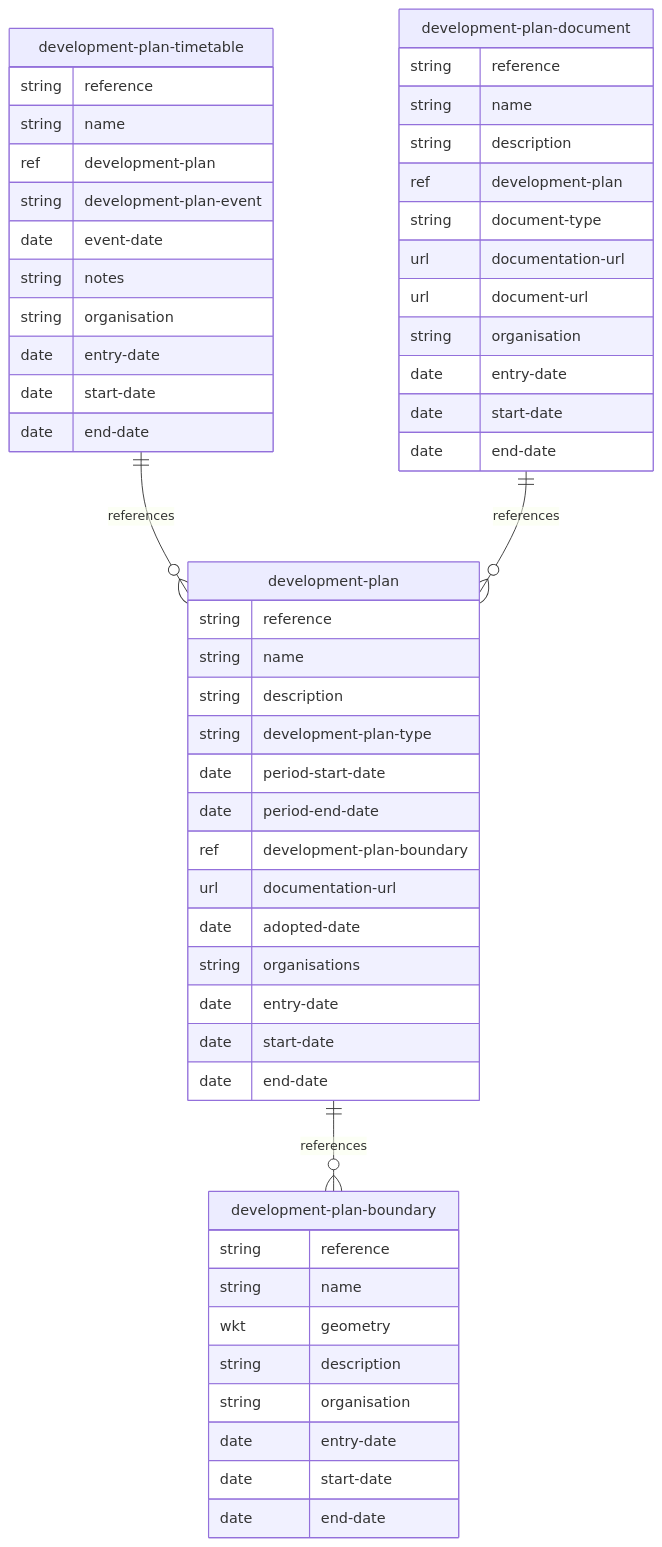
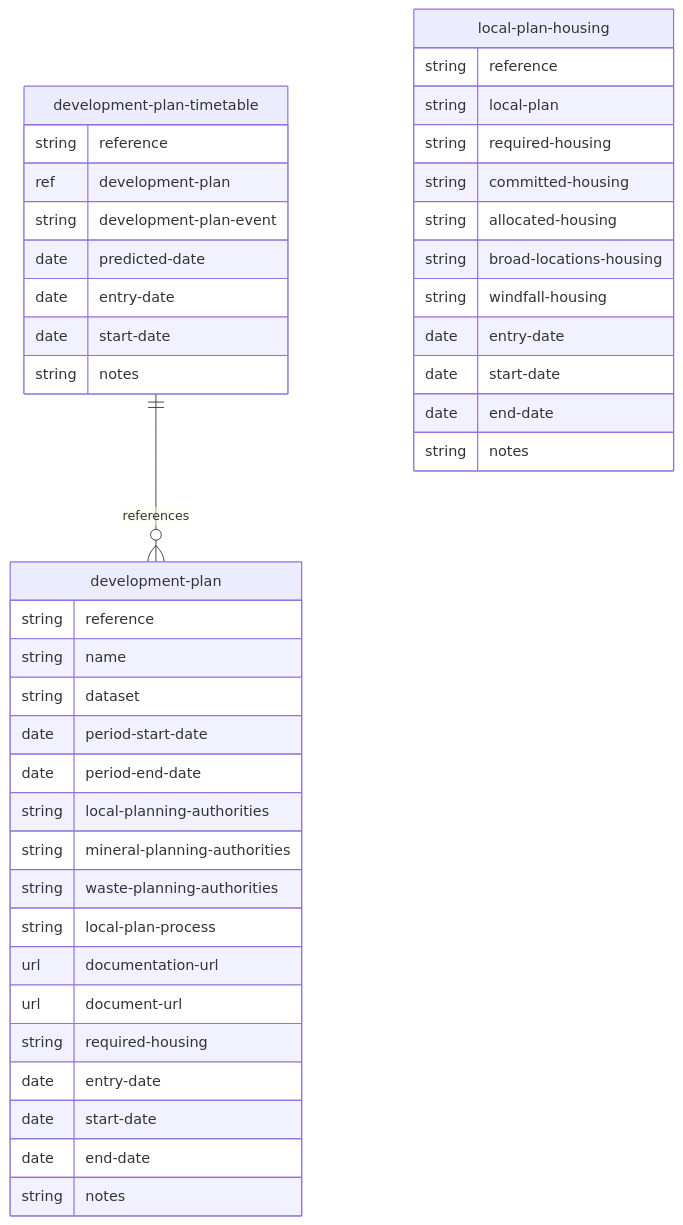
One commit to digital-land/specification changed the diagram in docs/mermaid/development-plan.md. Above: the diagram before and after it, drawn with Mermaid. The commit also changed other lines of this file and 43 other files, not shown here.

````diff
--- a/docs/mermaid/development-plan.md
+++ b/docs/mermaid/development-plan.md
@@ -4,56 +4,44 @@
 ```mermaid
 erDiagram
-    development-plan-boundary {
+    development-plan {
         string reference
         string name
-        wkt geometry
-        string description
-        string organisation
+        string dataset
+        date period-start-date
+        date period-end-date
+        string local-planning-authorities
+        string mineral-planning-authorities
+        string waste-planning-authorities
+        string local-plan-process
+        url documentation-url
+        url document-url
+        string required-housing
         date entry-date
         date start-date
         date end-date
+        string notes
     }
-    development-plan {
+    development-plan-timetable {
         string reference
-        string name
-        string description
-        string development-plan-type
-        date period-start-date
-        date period-end-date
-        ref development-plan-boundary
-        url documentation-url
-        date adopted-date
-        string organisations
+        ref development-plan
+        string development-plan-event
+        date predicted-date
+        date entry-date
+        date start-date
+        string notes
+    }
+    local-plan-housing {
+        string reference
+        string local-plan
+        string required-housing
+        string committed-housing
+        string allocated-housing
+        string broad-locations-housing
+        string windfall-housing
         date entry-date
         date start-date
         date end-date
+        string notes
     }
-    development-plan-timetable {
-        string reference
-        string name
-        ref development-plan
-        string development-plan-event
-        date event-date
-        string notes
-        string organisation
-        date entry-date
-        date start-date
-        date end-date
-    }
-    development-plan-document {
-        string reference
-        string name
-        string description
-        ref development-plan
-        string document-type
-        url documentation-url
-        url document-url
-        string organisation
-        date entry-date
-        date start-date
-        date end-date
-    }
-    development-plan ||--o{ development-plan-boundary : references
     development-plan-timetable ||--o{ development-plan : references
-    development-plan-document ||--o{ development-plan : references
 ```
````
